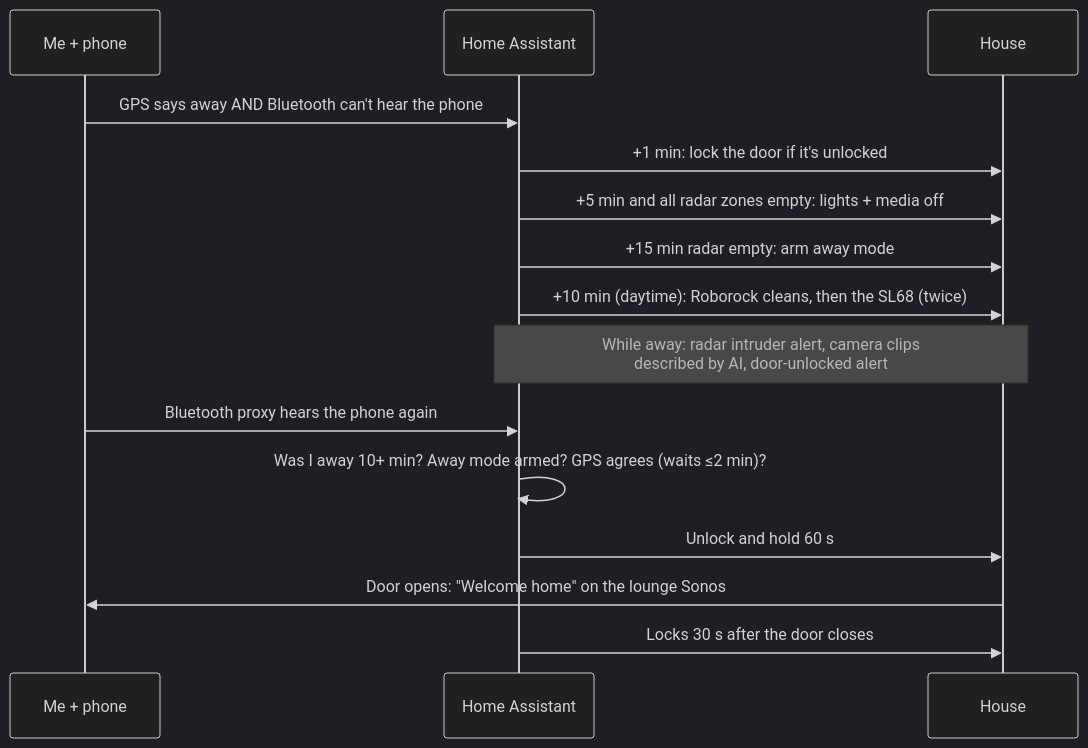
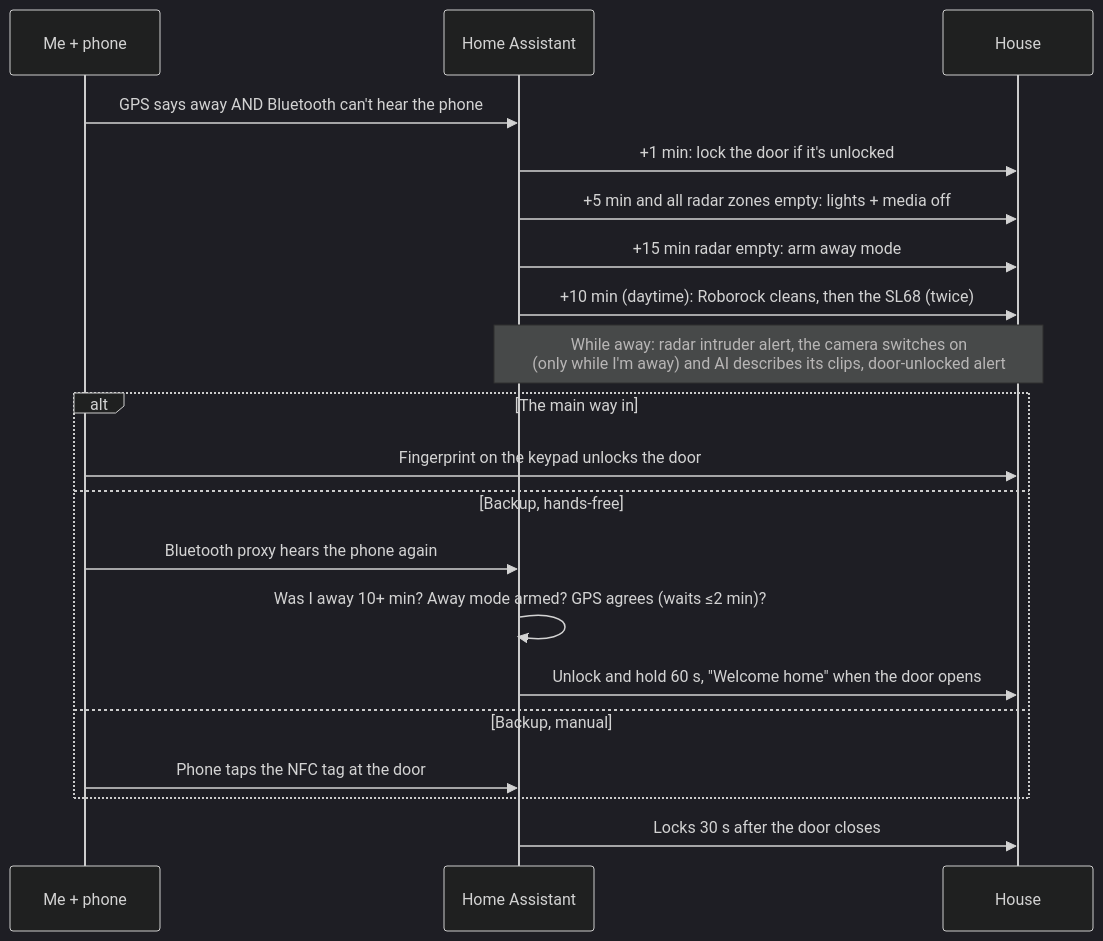
One commit to baes-cloud/baes-cloud-home changed the diagram in docs/03-leaving-and-coming-home.md. Above: the diagram before and after it, drawn with Mermaid (dark theme). The commit also changed other lines of this file and 8 other files, not shown here.

First line of the commit message:
Keypad door, camera only while away, robots and party mode; drop the mini-PC

````diff
--- a/docs/03-leaving-and-coming-home.md
+++ b/docs/03-leaving-and-coming-home.md
@@ -3,17 +3,22 @@
 ```mermaid
 sequenceDiagram
   participant Me as Me + phone
   participant HA as Home Assistant
   participant House
   Me->>HA: GPS says away AND Bluetooth can't hear the phone
   HA->>House: +1 min: lock the door if it's unlocked
   HA->>House: +5 min and all radar zones empty: lights + media off
   HA->>House: +15 min radar empty: arm away mode
   HA->>House: +10 min (daytime): Roborock cleans, then the SL68 (twice)
-  Note over HA,House: While away: radar intruder alert, camera clips<br/>described by AI, door-unlocked alert
-  Me->>HA: Bluetooth proxy hears the phone again
-  HA->>HA: Was I away 10+ min? Away mode armed? GPS agrees (waits ≤2 min)?
-  HA->>House: Unlock and hold 60 s
-  House->>Me: Door opens: "Welcome home" on the lounge Sonos
+  Note over HA,House: While away: radar intruder alert, the camera switches on<br/>(only while I'm away) and AI describes its clips, door-unlocked alert
+  alt The main way in
+    Me->>House: Fingerprint on the keypad unlocks the door
+  else Backup, hands-free
+    Me->>HA: Bluetooth proxy hears the phone again
+    HA->>HA: Was I away 10+ min? Away mode armed? GPS agrees (waits ≤2 min)?
+    HA->>House: Unlock and hold 60 s, "Welcome home" when the door opens
+  else Backup, manual
+    Me->>HA: Phone taps the NFC tag at the door
+  end
   HA->>House: Locks 30 s after the door closes
 ```
````
